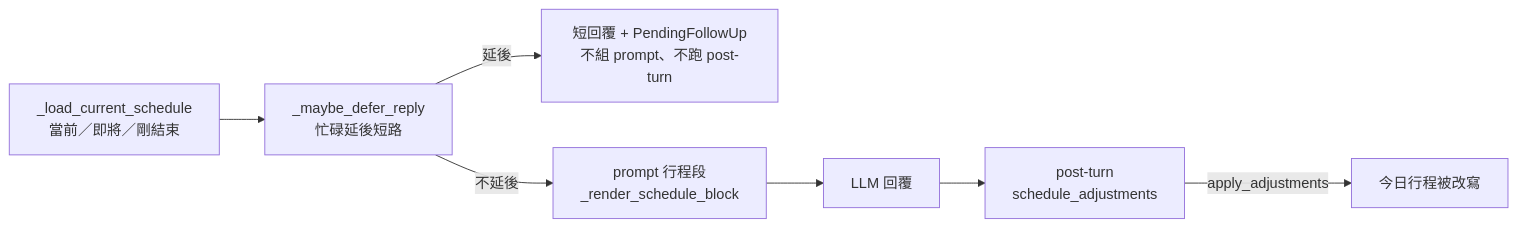
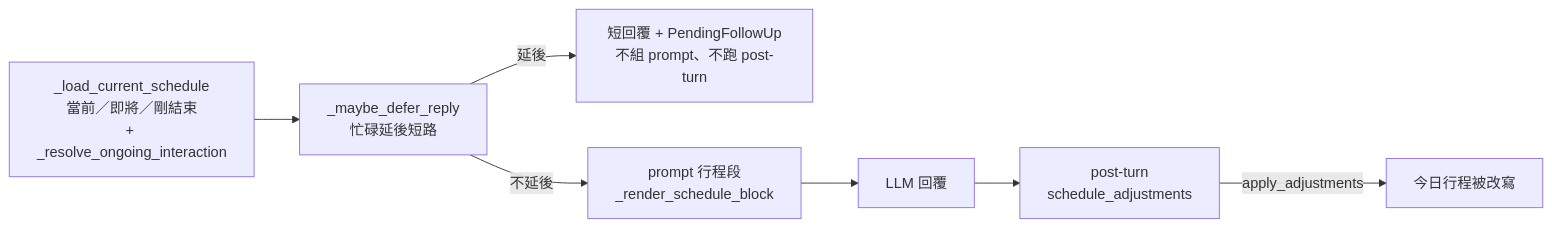
One commit to highpepsi826/yuralume-core changed the third of 3 diagrams in docs/atlas/flows/chat-turn.md. Above: the diagram before and after it, drawn with Mermaid. The commit also changed other lines of this file and 23 other files, not shown here.

Commit message:
local: keep an ongoing interaction from being overridden by a schedule switch (I-21 phase 1)

````diff
--- a/docs/atlas/flows/chat-turn.md
+++ b/docs/atlas/flows/chat-turn.md
@@ -178,9 +186,9 @@
 ```mermaid
 flowchart LR
-    A["_load_current_schedule<br/>當前／即將／剛結束"] --> B["_maybe_defer_reply<br/>忙碌延後短路"]
+    A["_load_current_schedule<br/>當前／即將／剛結束<br/>+ _resolve_ongoing_interaction"] --> B["_maybe_defer_reply<br/>忙碌延後短路"]
     B -->|"延後"| X["短回覆 + PendingFollowUp<br/>不組 prompt、不跑 post-turn"]
     B -->|"不延後"| C["prompt 行程段<br/>_render_schedule_block"]
     C --> D["LLM 回覆"]
     D --> E["post-turn<br/>schedule_adjustments"]
     E -->|"apply_adjustments"| F["今日行程被改寫"]
 ```
````
